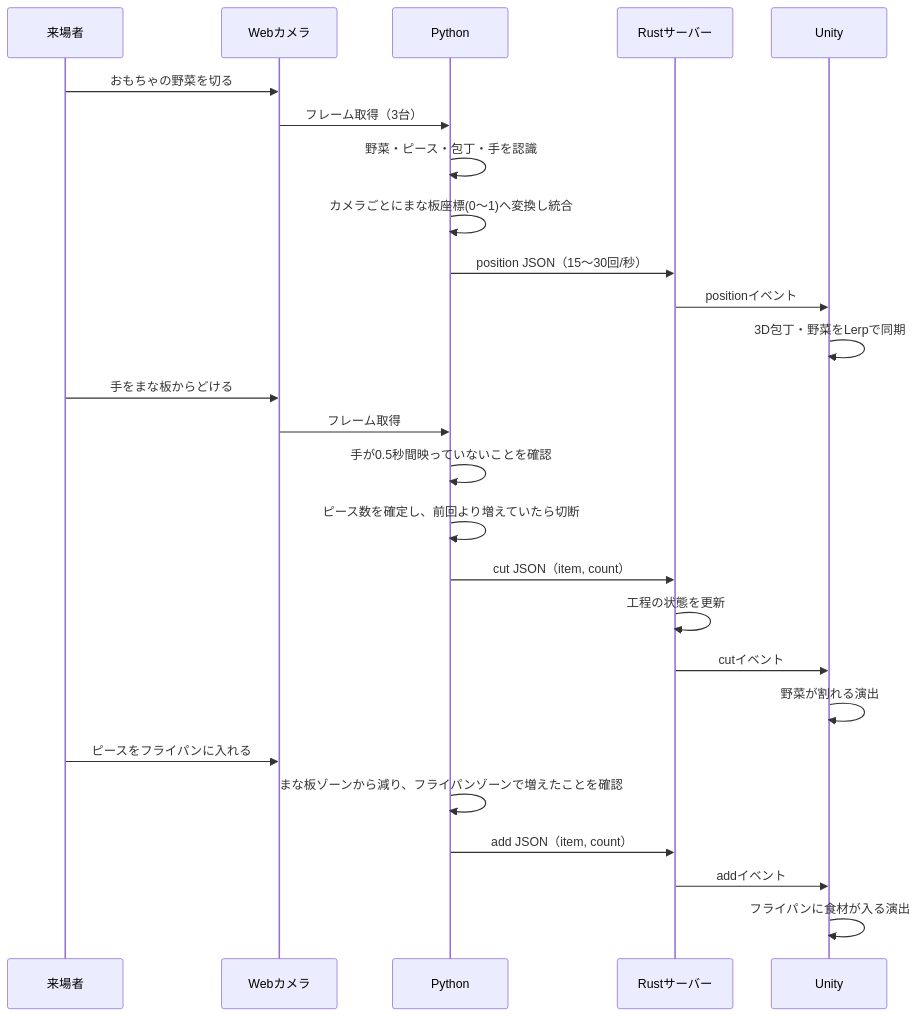
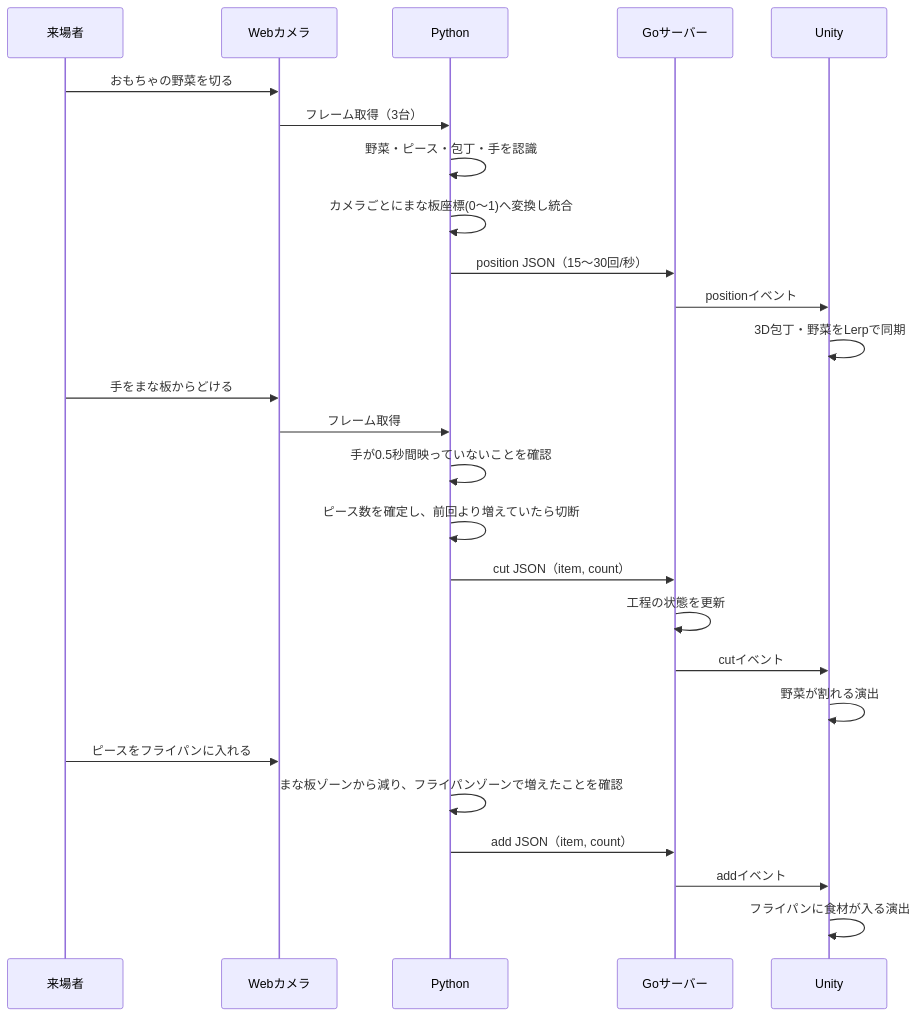
Before and after one commit to kokonao1111/HEW-omamagoto: the second of 2 diagrams in docs/要件定義書_v1.md, drawn with Mermaid. The commit also changed other lines of this file, not shown here.

First line of the commit message:
docs(要件定義書): サーバーを Go に（3 章・4 章の図・10 章・12.1・担当表）

````diff
--- a/docs/要件定義書_v1.md
+++ b/docs/要件定義書_v1.md
@@ -98,31 +98,31 @@
 ```mermaid
 sequenceDiagram
     participant U as 来場者
     participant C as Webカメラ
     participant P as Python
-    participant R as Rustサーバー
+    participant R as Goサーバー
     participant G as Unity
 
     U->>C: おもちゃの野菜を切る
     C->>P: フレーム取得（3台）
     P->>P: 野菜・ピース・包丁・手を認識
     P->>P: カメラごとにまな板座標(0〜1)へ変換し統合
     P->>R: position JSON（15〜30回/秒）
     R->>G: positionイベント
     G->>G: 3D包丁・野菜をLerpで同期
 
     U->>C: 手をまな板からどける
     C->>P: フレーム取得
     P->>P: 手が0.5秒間映っていないことを確認
     P->>P: ピース数を確定し、前回より増えていたら切断
     P->>R: cut JSON（item, count）
     R->>R: 工程の状態を更新
     R->>G: cutイベント
     G->>G: 野菜が割れる演出
 
     U->>C: ピースをフライパンに入れる
     P->>P: まな板ゾーンから減り、フライパンゾーンで増えたことを確認
     P->>R: add JSON（item, count）
     R->>G: addイベント
     G->>G: フライパンに食材が入る演出
 ```
````
